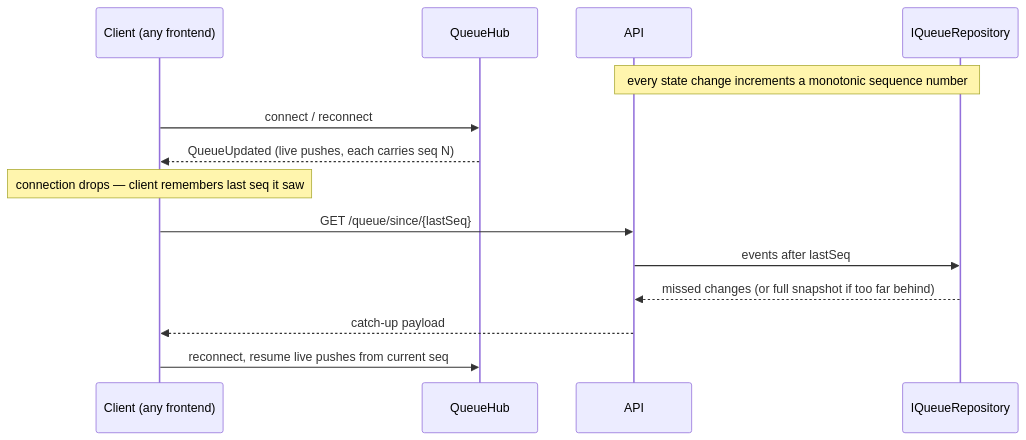
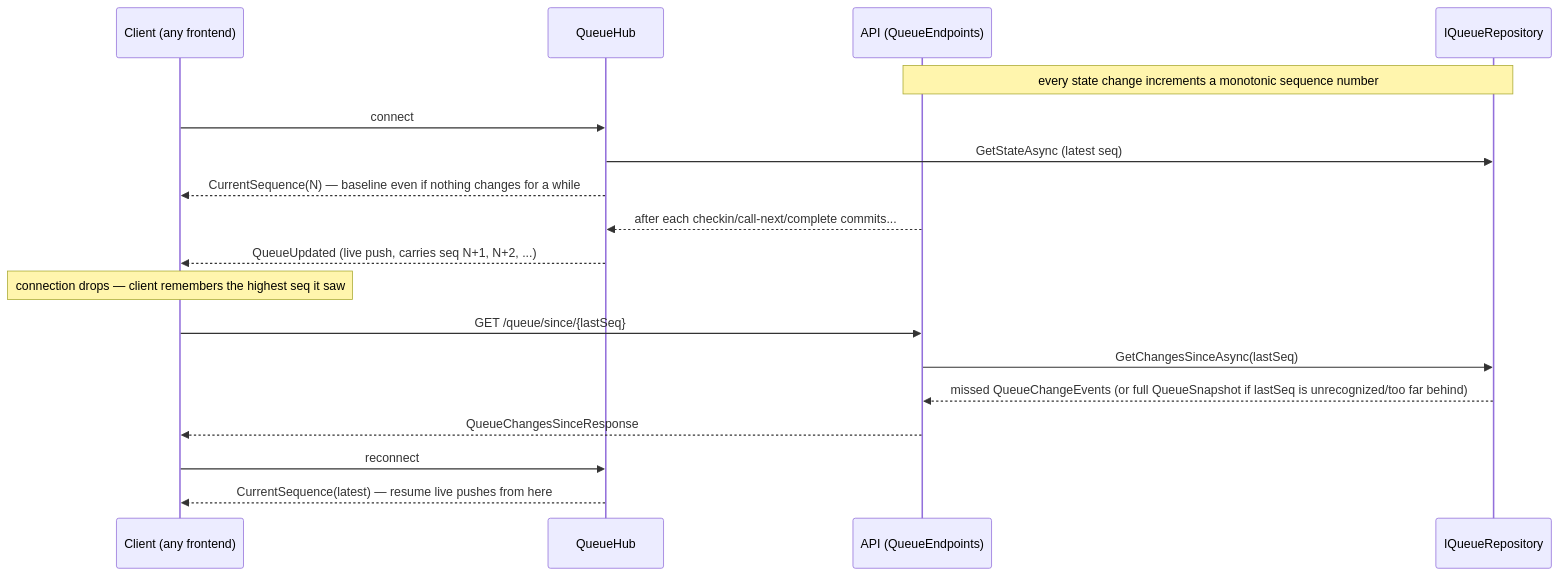
The second of 2 diagrams in docs/architecture.md (glensouza/signalr-queue-demo), drawn with Mermaid before and after one commit. The commit also changed other lines of this file and 10 other files, not shown here.

````diff
--- a/docs/architecture.md
+++ b/docs/architecture.md
@@ -55,17 +64,21 @@
 ```mermaid
 sequenceDiagram
     participant C as Client (any frontend)
     participant H as QueueHub
-    participant A as API
+    participant A as API (QueueEndpoints)
     participant R as IQueueRepository
 
     Note over A,R: every state change increments a monotonic sequence number
-    C->>H: connect / reconnect
-    H-->>C: QueueUpdated (live pushes, each carries seq N)
-    Note over C: connection drops — client remembers last seq it saw
+    C->>H: connect
+    H->>R: GetStateAsync (latest seq)
+    H-->>C: CurrentSequence(N) — baseline even if nothing changes for a while
+    A-->>H: after each checkin/call-next/complete commits...
+    H-->>C: QueueUpdated (live push, carries seq N+1, N+2, ...)
+    Note over C: connection drops — client remembers the highest seq it saw
     C->>A: GET /queue/since/{lastSeq}
-    A->>R: events after lastSeq
-    R-->>A: missed changes (or full snapshot if too far behind)
-    A-->>C: catch-up payload
-    C->>H: reconnect, resume live pushes from current seq
+    A->>R: GetChangesSinceAsync(lastSeq)
+    R-->>A: missed QueueChangeEvents (or full QueueSnapshot if lastSeq is unrecognized/too far behind)
+    A-->>C: QueueChangesSinceResponse
+    C->>H: reconnect
+    H-->>C: CurrentSequence(latest) — resume live pushes from here
 ```
````
